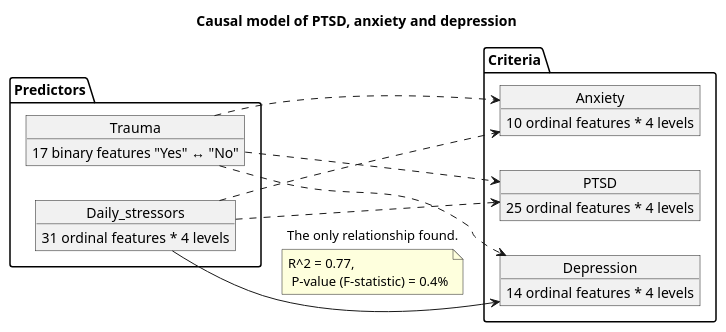
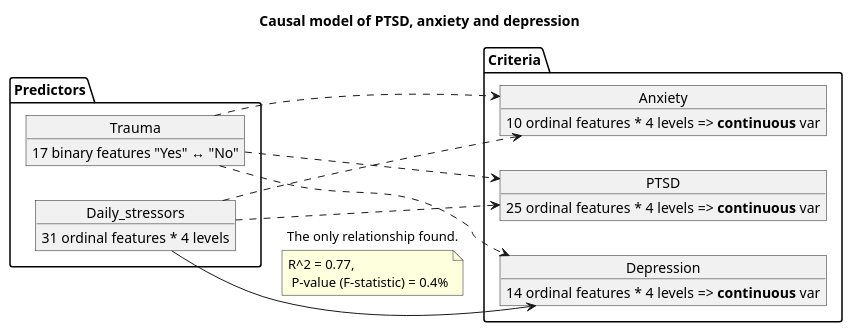
Before and after one commit to DimitriBolt/PTSD: the diagram in Dependencies.puml, drawn with PlantUML. The commit also changed 2 other files, not shown here.

Commit message:
PTSD~Traumas-MultiRegression.ipynb (MultiRegression)

```diff
--- a/Dependencies.puml
+++ b/Dependencies.puml
@@ -1,39 +1,39 @@
 @startuml
 
 title "Causal model of PTSD, anxiety and depression"
 left to right direction
 package "Predictors" {
 
     object Trauma
     Trauma : 17 binary features "Yes" ↔ "No"
 
     object Daily_stressors
     Daily_stressors : 31 ordinal features * 4 levels
 
     }
 
 package "Criteria" {
   object Anxiety
-  Anxiety : 10 ordinal features * 4 levels
+  Anxiety : 10 ordinal features * 4 levels => **continuous** var
   object PTSD
-  PTSD : 25 ordinal features * 4 levels
+  PTSD : 25 ordinal features * 4 levels => **continuous** var
   object Depression
-  Depression : 14 ordinal features * 4 levels
+  Depression : 14 ordinal features * 4 levels => **continuous** var
     }
 
 
 
 
 
 
 Daily_stressors ..> Anxiety
 Trauma ..> Anxiety
 
 Trauma ..> PTSD
 Daily_stressors ..> PTSD
 
 Trauma ..> Depression
 Daily_stressors --> Depression: The only relationship found.
 note bottom on link : R^2 = 0.77,\n P-value (F-statistic) = 0.4%
 
 @enduml
```
